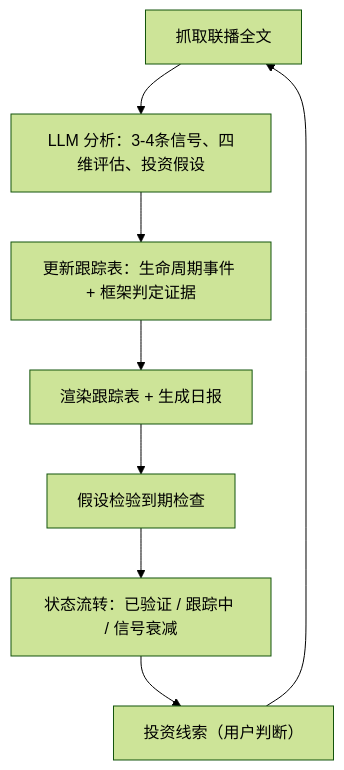
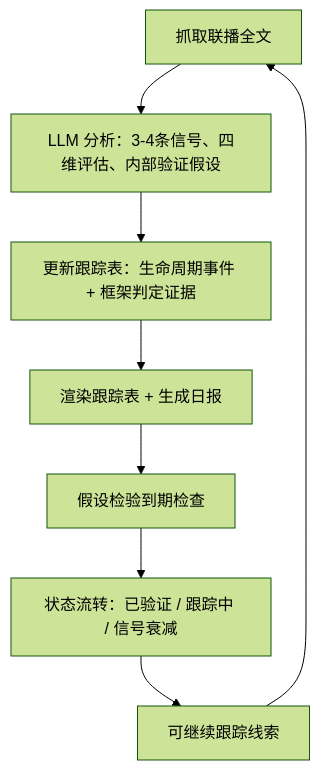
The diagram in README.zh-CN.md (cezum/china-signal-xinwenliaobo), drawn with Mermaid (forest theme) before and after one commit. The commit also changed other lines of this file and 17 other files, not shown here.

````diff
--- a/README.zh-CN.md
+++ b/README.zh-CN.md
@@ -48,10 +48,10 @@
 ```mermaid
 flowchart TD
-    A["抓取联播全文"] --> B["LLM 分析：3-4条信号、四维评估、投资假设"]
+    A["抓取联播全文"] --> B["LLM 分析：3-4条信号、四维评估、内部验证假设"]
     B --> C["更新跟踪表：生命周期事件 + 框架判定证据"]
     C --> D["渲染跟踪表 + 生成日报"]
     D --> E["假设检验到期检查"]
     E --> F["状态流转：已验证 / 跟踪中 / 信号衰减"]
-    F --> G["投资线索（用户判断）"]
+    F --> G["可继续跟踪线索"]
     G --> A
 ```
````
